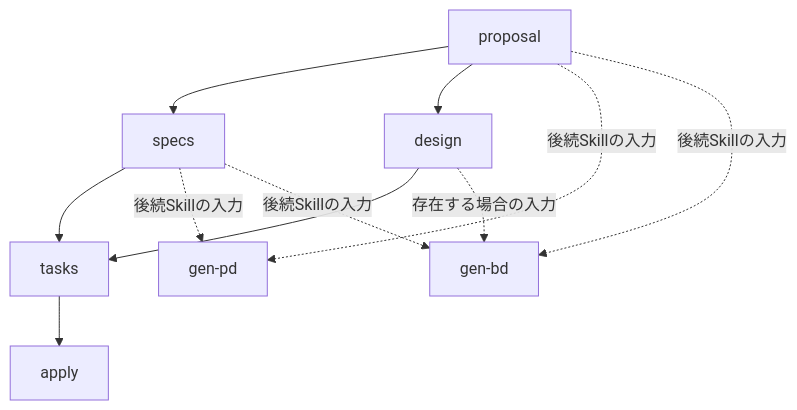
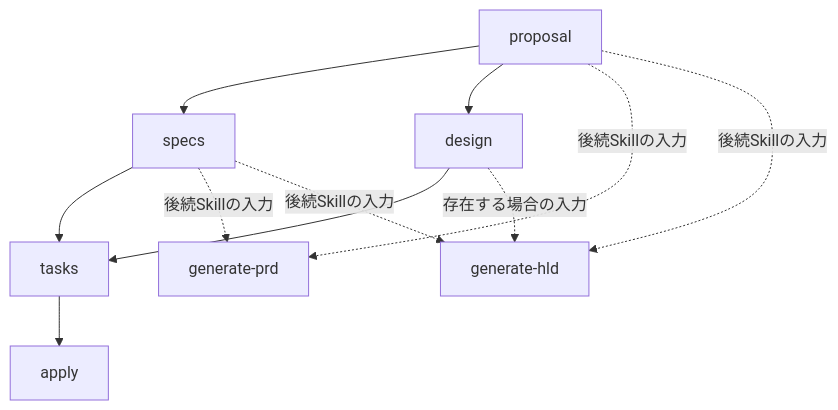
Before and after one commit to k5-mot/SETUP.md: the first of 2 diagrams in docs/references/MySDD-Spec.md, drawn with Mermaid. The commit also changed other lines of this file and 156 other files, not shown here.

````diff
--- a/docs/references/MySDD-Spec.md
+++ b/docs/references/MySDD-Spec.md
@@ -225,13 +233,13 @@
 ```mermaid
 flowchart TD
     proposal[proposal] --> specs[specs]
     proposal --> design[design]
     specs --> tasks[tasks]
     design --> tasks
     tasks --> apply[apply]
-    proposal -. "後続Skillの入力" .-> genpd[gen-pd]
-    specs -. "後続Skillの入力" .-> genpd
-    proposal -. "後続Skillの入力" .-> genbd[gen-bd]
-    specs -. "後続Skillの入力" .-> genbd
-    design -. "存在する場合の入力" .-> genbd
+    proposal -. "後続Skillの入力" .-> genprd[generate-prd]
+    specs -. "後続Skillの入力" .-> genprd
+    proposal -. "後続Skillの入力" .-> genhld[generate-hld]
+    specs -. "後続Skillの入力" .-> genhld
+    design -. "存在する場合の入力" .-> genhld
 ```
````
